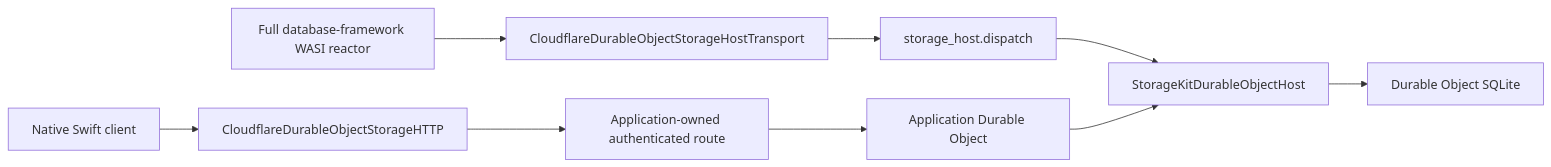
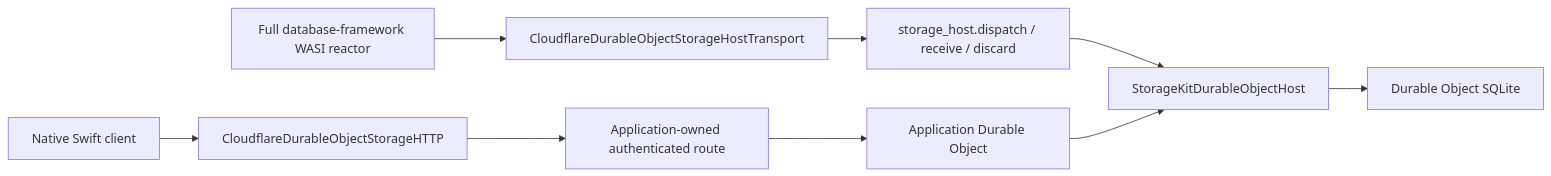
Before and after one commit to 1amageek/storage-kit: the first of 3 diagrams in Docs/CLOUDFLARE_DURABLE_OBJECT_STORAGE_DESIGN.md, drawn with Mermaid. The commit also changed other lines of this file and 7 other files, not shown here.

````diff
--- a/Docs/CLOUDFLARE_DURABLE_OBJECT_STORAGE_DESIGN.md
+++ b/Docs/CLOUDFLARE_DURABLE_OBJECT_STORAGE_DESIGN.md
@@ -18,13 +18,13 @@
 ```mermaid
 flowchart LR
     Native["Native Swift client"] --> HTTP["CloudflareDurableObjectStorageHTTP"]
     HTTP --> Router["Application-owned authenticated route"]
     Router --> DO["Application Durable Object"]
 
     Reactor["Full database-framework WASI reactor"] --> HostTransport["CloudflareDurableObjectStorageHostTransport"]
-    HostTransport --> Import["storage_host.dispatch"]
+    HostTransport --> Import["storage_host.dispatch / receive / discard"]
     Import --> Store["StorageKitDurableObjectHost"]
 
     DO --> Store
     Store --> SQLite["Durable Object SQLite"]
 ```
````
